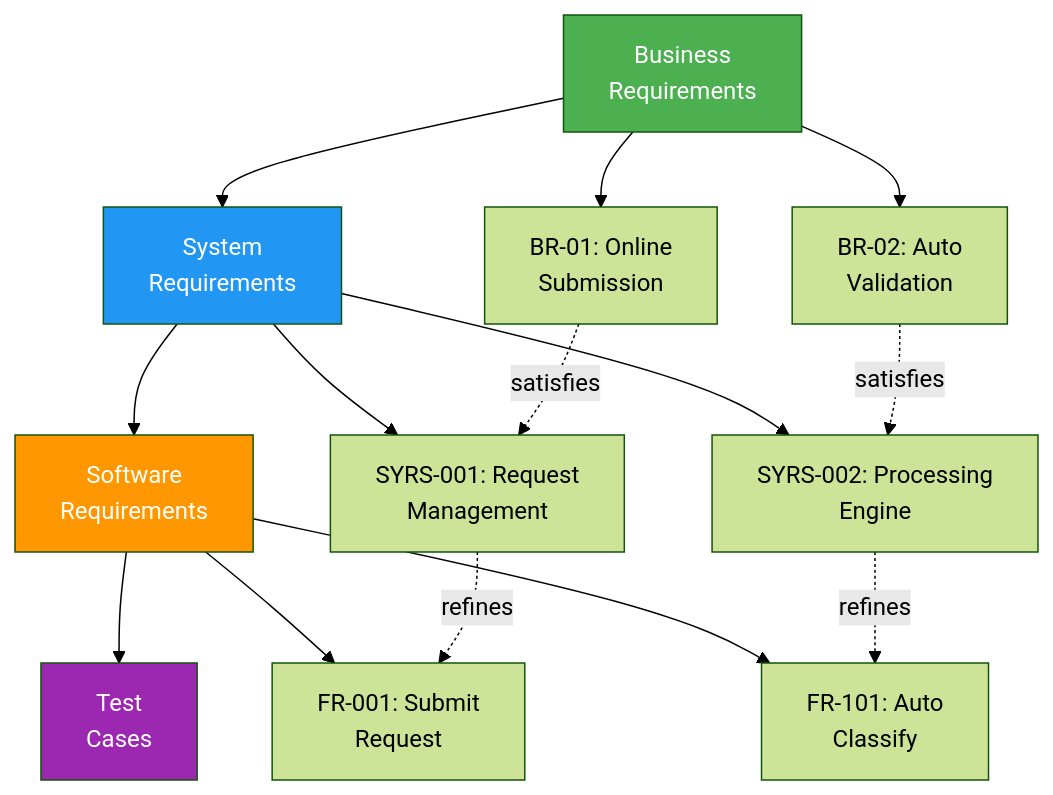
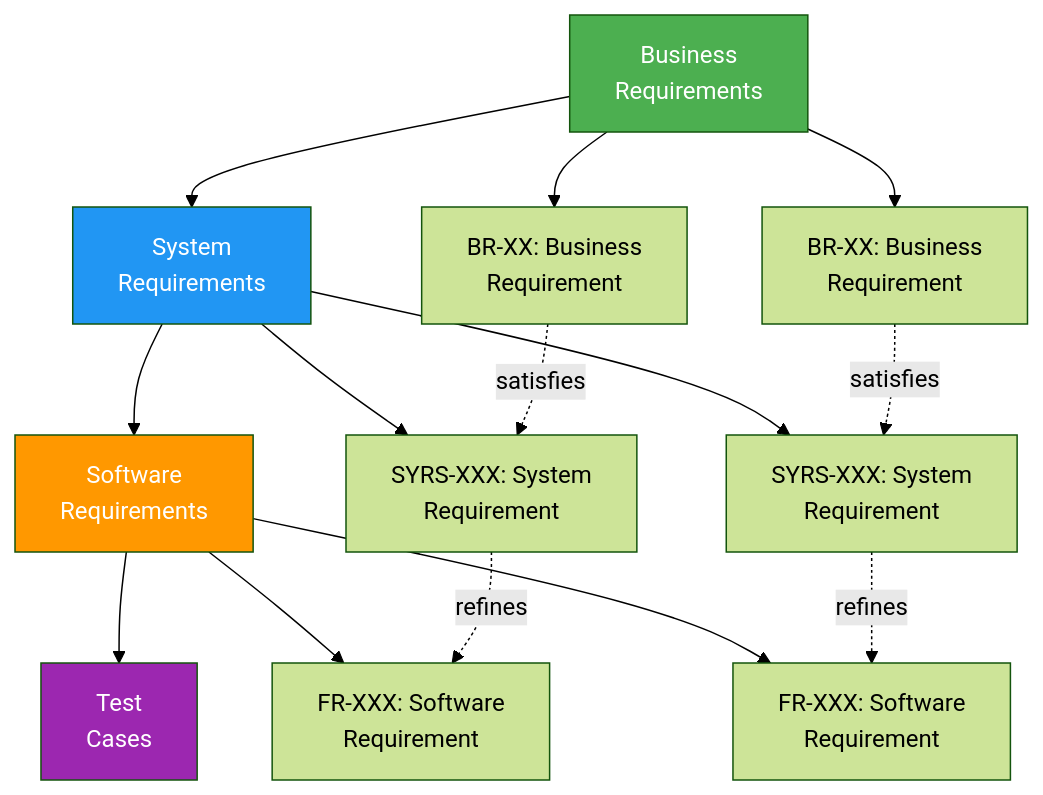
Before and after one commit to oat431/swe-knowledge: the first of 5 diagrams in document-template/09_Systems_Architecture_and_Design/MBSE-Models.md, drawn with Mermaid (forest theme). The commit also changed other lines of this file and 50 other files, not shown here.

````diff
--- a/document-template/09_Systems_Architecture_and_Design/MBSE-Models.md
+++ b/document-template/09_Systems_Architecture_and_Design/MBSE-Models.md
@@ -54,23 +54,23 @@
 ```mermaid
 flowchart TD
     BIZ[Business<br>Requirements] --> SYS[System<br>Requirements]
     SYS --> SW[Software<br>Requirements]
     SW --> TEST[Test<br>Cases]
 
-    BIZ --> BR01[BR-01: Online<br>Submission]
-    BIZ --> BR02[BR-02: Auto<br>Validation]
-    SYS --> SYRS01[SYRS-001: Request<br>Management]
-    SYS --> SYRS02[SYRS-002: Processing<br>Engine]
-    SW --> FR01[FR-001: Submit<br>Request]
-    SW --> FR02[FR-101: Auto<br>Classify]
+    BIZ --> BR01[BR-XX: Business<br>Requirement]
+    BIZ --> BR02[BR-XX: Business<br>Requirement]
+    SYS --> SYRS01[SYRS-XXX: System<br>Requirement]
+    SYS --> SYRS02[SYRS-XXX: System<br>Requirement]
+    SW --> FR01[FR-XXX: Software<br>Requirement]
+    SW --> FR02[FR-XXX: Software<br>Requirement]
 
     BR01 -.->|satisfies| SYRS01
     BR02 -.->|satisfies| SYRS02
     SYRS01 -.->|refines| FR01
     SYRS02 -.->|refines| FR02
 
     style BIZ fill:#4CAF50,color:#fff
     style SYS fill:#2196F3,color:#fff
     style SW fill:#FF9800,color:#fff
     style TEST fill:#9C27B0,color:#fff
 ```
````
